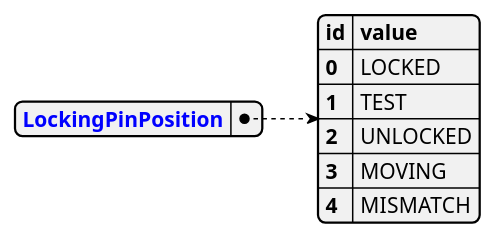
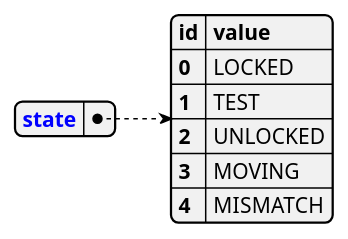
Before and after one commit to lsst-ts/ts_tma_tma-documentation_pxi-controller_documentation: diagram 28 of 43 in 02 CommandsAndEventsManagement/03 Events.md, drawn with PlantUML. The commit also changed other lines of this file, not shown here.

Commit message:
fix typo after renaming the events fields from position to state

````diff
--- a/02 CommandsAndEventsManagement/03 Events.md
+++ b/02 CommandsAndEventsManagement/03 Events.md
@@ -827,14 +827,14 @@
 ``` plantuml
 @startjson
 {
-    "<color:blue><b>LockingPinPosition": {
+    "<color:blue><b>state": {
         "<b>id": "<b>value",
         "0": "LOCKED",
         "1": "TEST",
         "2": "UNLOCKED",
         "3": "MOVING",
         "4": "MISMATCH"
     }
 }
 @endjson
 ```
````
